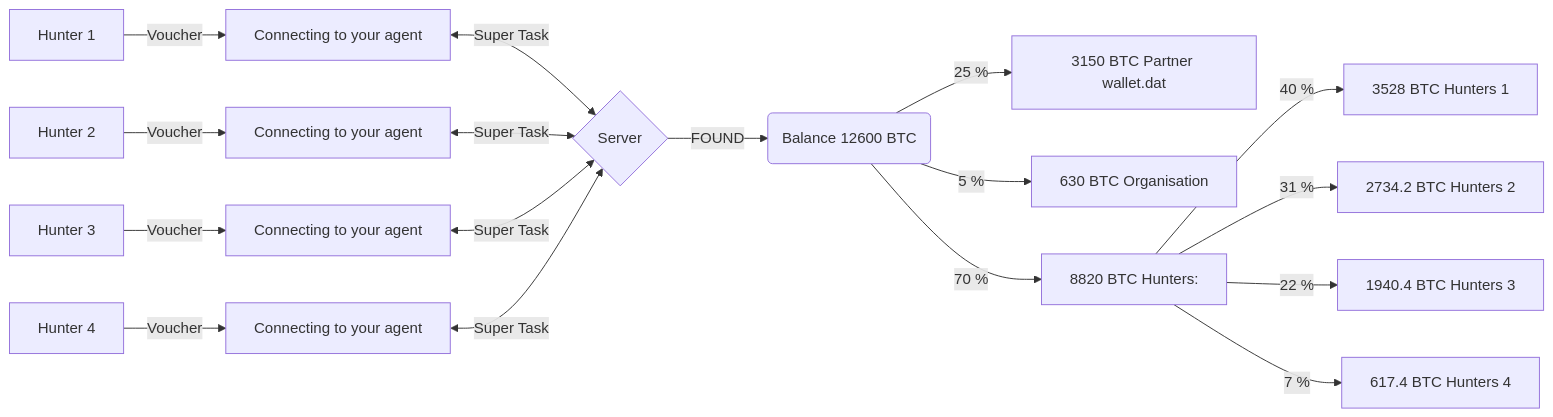
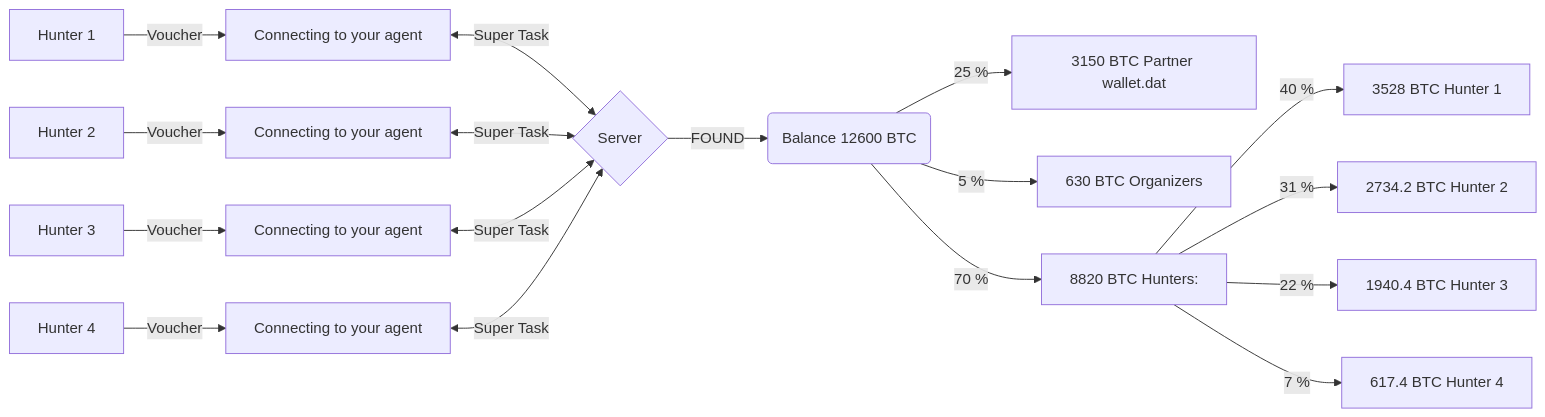
The diagram in README.md (flian/LostWallets), drawn with Mermaid before and after one commit.

````diff
--- a/README.md
+++ b/README.md
@@ -16,21 +16,21 @@
 ```mermaid
 flowchart LR
 
 A[Hunter 1] -->|Voucher| T(Connecting)
 F[Hunter 2] -->|Voucher| H(Connecting)
 G[Hunter 3] -->|Voucher| U(Connecting)
 J[Hunter 4] -->|Voucher| M(Connecting)
 T[Connecting to your agent] <-->|Super Task| C{Server}
 H[Connecting to your agent] <-->|Super Task| C{Server}
 U[Connecting to your agent] <-->|Super Task| C{Server}
 M[Connecting to your agent] <-->|Super Task| C{Server}
 C -->|FOUND| D(Balance 12600 BTC)
 D -->|25 %| E[3150 BTC Partner wallet.dat]
-D -->|5 %| X[630 BTC Organisation]
+D -->|5 %| X[630 BTC Organizers]
 D -->|70 %| Y[8820 BTC Hunters:]
-Y -->|40 %| W[3528 BTC Hunters 1]
-Y -->|31 %| Z[2734.2 BTC Hunters 2]
-Y -->|22 %| P[1940.4 BTC Hunters 3]
-Y -->|7 %| S[617.4 BTC Hunters 4]
+Y -->|40 %| W[3528 BTC Hunter 1]
+Y -->|31 %| Z[2734.2 BTC Hunter 2]
+Y -->|22 %| P[1940.4 BTC Hunter 3]
+Y -->|7 %| S[617.4 BTC Hunter 4]
 
 ```
````
